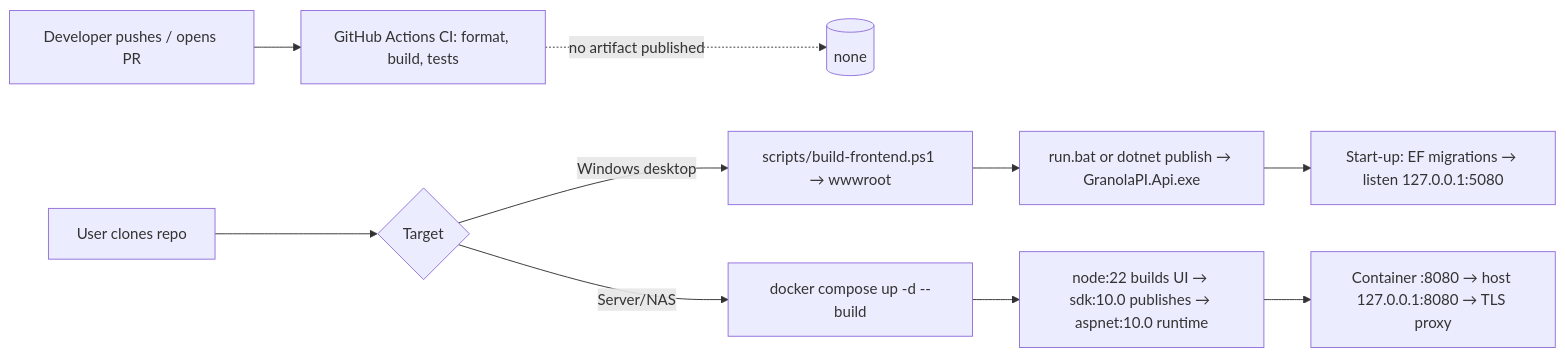
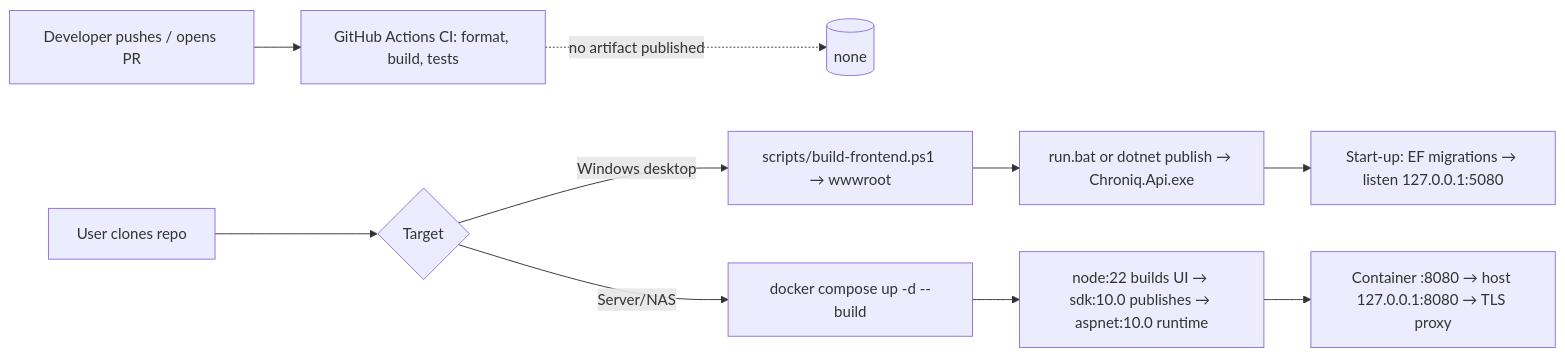
One commit to mm-kishanp/AI-Note-Taker-To-Local-Files changed the diagram in docs/project-intelligence/deployment.md. Above: the diagram before and after it, drawn with Mermaid. The commit also changed other lines of this file and 228 other files, not shown here.

````diff
--- a/docs/project-intelligence/deployment.md
+++ b/docs/project-intelligence/deployment.md
@@ -19,12 +19,12 @@
 ```mermaid
 flowchart LR
     Dev[Developer pushes / opens PR] --> CI[GitHub Actions CI: format, build, tests]
     CI -.no artifact published.-> X[(none)]
     User[User clones repo] --> A{Target}
     A -- Windows desktop --> B[scripts/build-frontend.ps1 → wwwroot]
-    B --> C[run.bat or dotnet publish → GranolaPI.Api.exe]
+    B --> C[run.bat or dotnet publish → Chroniq.Api.exe]
     C --> D[Start-up: EF migrations → listen 127.0.0.1:5080]
     A -- Server/NAS --> E[docker compose up -d --build]
     E --> F[node:22 builds UI → sdk:10.0 publishes → aspnet:10.0 runtime]
     F --> G[Container :8080 → host 127.0.0.1:8080 → TLS proxy]
 ```
````
